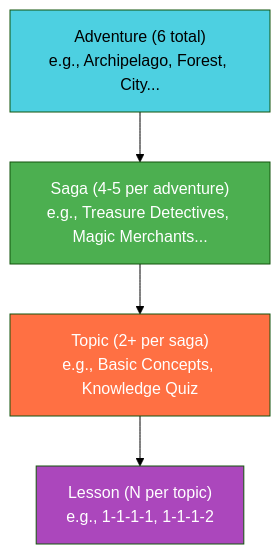
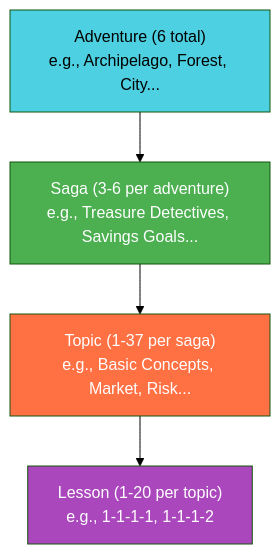
Before and after one commit to jesusvasquezjr3-littlefounders/LITTLEFOUNDERS-AI: the seventh of 15 diagrams in backend/BACKEND_GUIDE.md, drawn with Mermaid (forest theme). The commit also changed other lines of this file and 6 other files, not shown here.

````diff
--- a/backend/BACKEND_GUIDE.md
+++ b/backend/BACKEND_GUIDE.md
@@ -727,12 +738,12 @@
 ```mermaid
 graph TD
     ADV["Adventure (6 total)<br/>e.g., Archipelago, Forest, City..."]
-    ADV --> SAGA["Saga (4-5 per adventure)<br/>e.g., Treasure Detectives, Magic Merchants..."]
-    SAGA --> TOPIC["Topic (2+ per saga)<br/>e.g., Basic Concepts, Knowledge Quiz"]
-    TOPIC --> LESSON["Lesson (N per topic)<br/>e.g., 1-1-1-1, 1-1-1-2"]
+    ADV --> SAGA["Saga (3-6 per adventure)<br/>e.g., Treasure Detectives, Savings Goals..."]
+    SAGA --> TOPIC["Topic (1-37 per saga)<br/>e.g., Basic Concepts, Market, Risk..."]
+    TOPIC --> LESSON["Lesson (1-20 per topic)<br/>e.g., 1-1-1-1, 1-1-1-2"]
 
     style ADV fill:#4dd0e1,color:#000
     style SAGA fill:#4caf50,color:#fff
     style TOPIC fill:#ff7043,color:#fff
     style LESSON fill:#ab47bc,color:#fff
 ```
````
